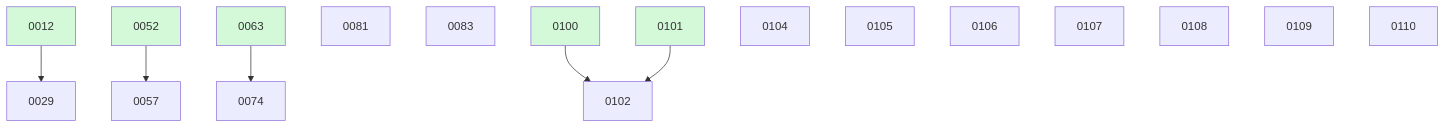
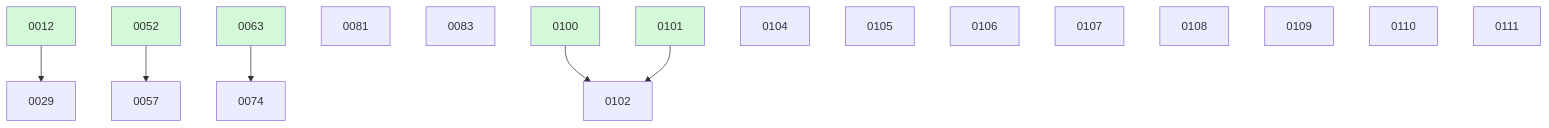
One commit to ethanhinson/fuse changed the diagram in docs/changes/BOARD.md. Above: the diagram before and after it, drawn with Mermaid. The commit also changed other lines of this file and 1 other file, not shown here.

````diff
--- a/docs/changes/BOARD.md
+++ b/docs/changes/BOARD.md
@@ -38,23 +39,24 @@
 ```mermaid
 graph TD
   0012 --> 0029
   0052 --> 0057
   0063 --> 0074
   0081
   0083
   0100 --> 0102
   0101 --> 0102
   0104
   0105
   0106
   0107
   0108
   0109
   0110
+  0111
   0012:::done
   0052:::done
   0063:::done
   0100:::done
   0101:::done
   classDef done fill:#d3f9d8;
 ```
````
